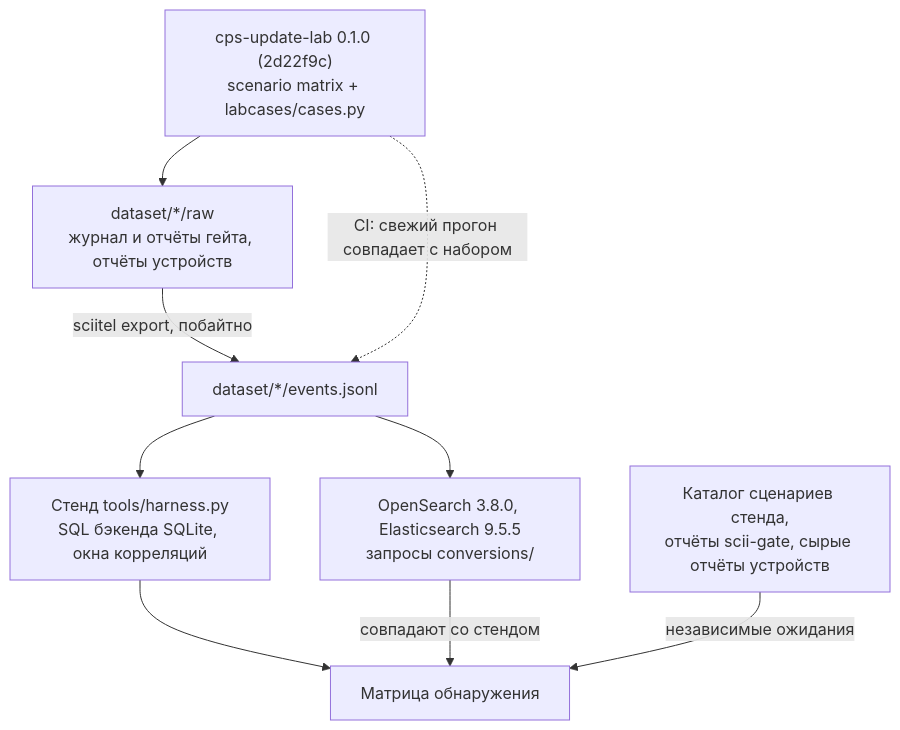
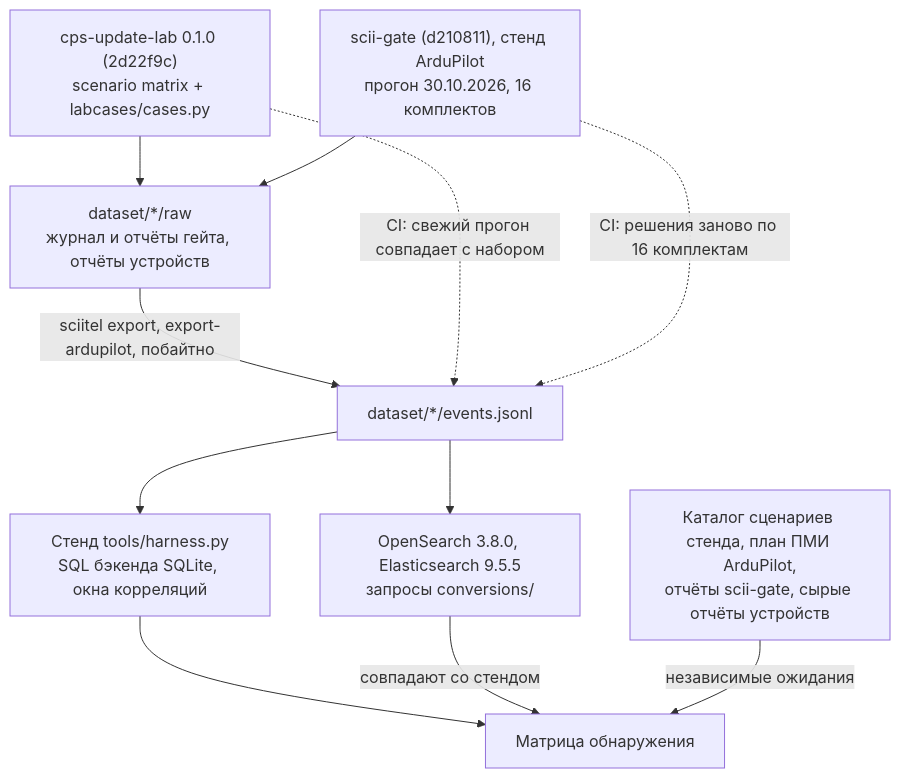
One commit to alexqzm/scii-telemetry changed the third of 3 diagrams in README.md. Above: the diagram before and after it, drawn with Mermaid. The commit also changed other lines of this file and 46 other files, not shown here.

First line of the commit message:
Набор ardupilot-0.1.0: решения гейта стенда ArduPilot из scii-gate

````diff
--- a/README.md
+++ b/README.md
@@ -145,11 +197,13 @@
 ```mermaid
 flowchart TB
   lab["cps-update-lab 0.1.0 (2d22f9c)<br/>scenario matrix + labcases/cases.py"] --> raw["dataset/*/raw<br/>журнал и отчёты гейта, отчёты устройств"]
-  raw -->|"sciitel export, побайтно"| ev["dataset/*/events.jsonl"]
+  ap["scii-gate (d210811), стенд ArduPilot<br/>прогон 30.10.2026, 16 комплектов"] --> raw
+  raw -->|"sciitel export, export-ardupilot, побайтно"| ev["dataset/*/events.jsonl"]
   ev --> h["Стенд tools/harness.py<br/>SQL бэкенда SQLite, окна корреляций"]
   ev --> eng["OpenSearch 3.8.0, Elasticsearch 9.5.5<br/>запросы conversions/"]
   h --> mx["Матрица обнаружения"]
   eng -->|"совпадают со стендом"| mx
-  oracle["Каталог сценариев стенда,<br/>отчёты scii-gate, сырые отчёты устройств"] -->|"независимые ожидания"| mx
+  oracle["Каталог сценариев стенда, план ПМИ ArduPilot,<br/>отчёты scii-gate, сырые отчёты устройств"] -->|"независимые ожидания"| mx
   lab -.->|"CI: свежий прогон совпадает с набором"| ev
+  ap -.->|"CI: решения заново по 16 комплектам"| ev
 ```
````
